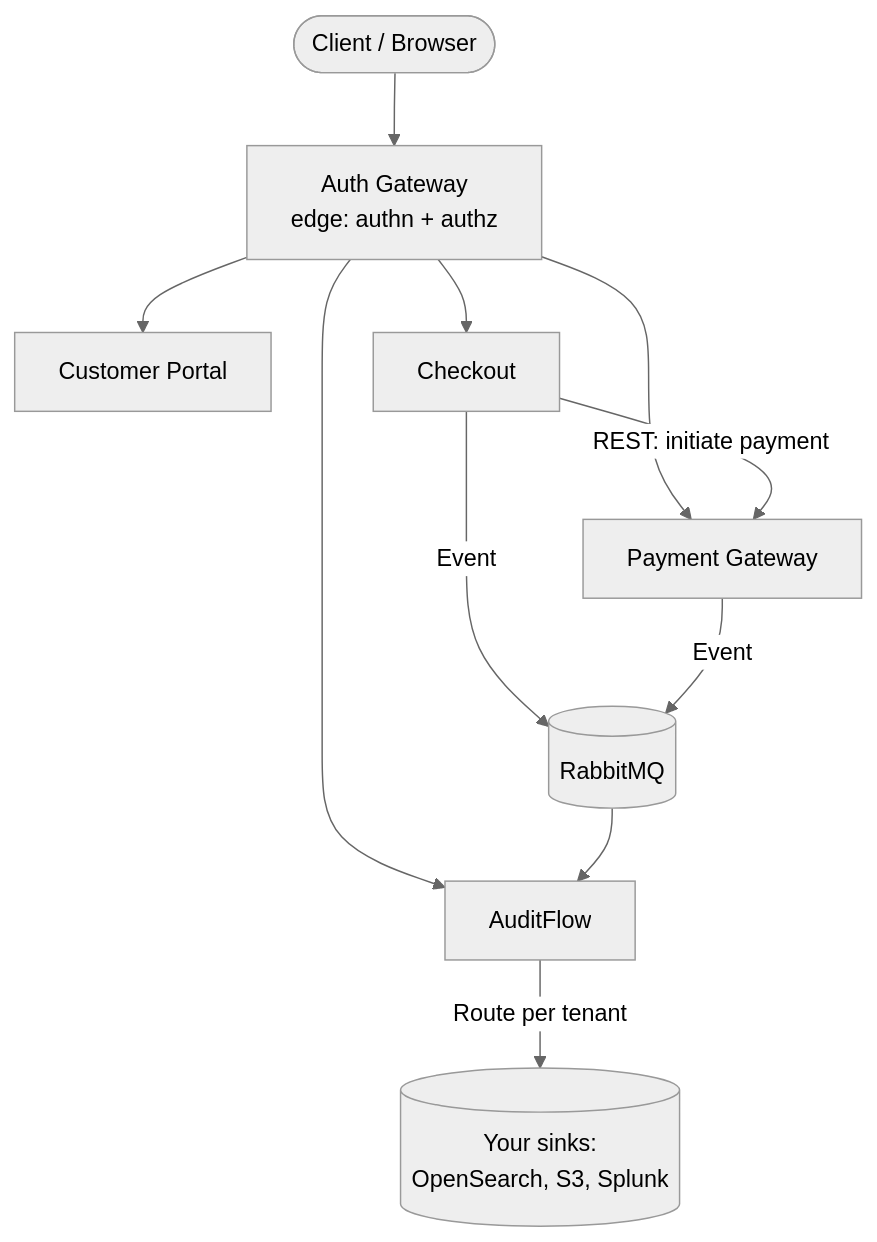
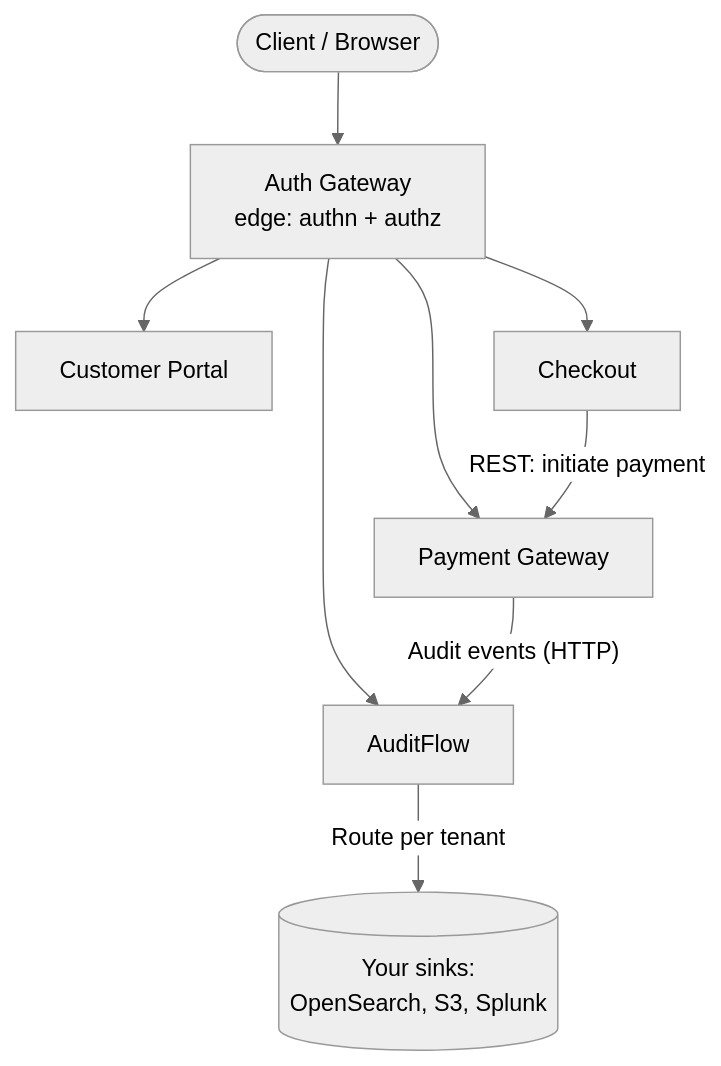
One commit to Labs64/labs64.io-docs changed the diagram in introduction/index.md. Above: the diagram before and after it, drawn with Mermaid (neutral theme). The commit also changed other lines of this file and 6 other files, not shown here.

````diff
--- a/introduction/index.md
+++ b/introduction/index.md
@@ -27,14 +27,12 @@
 ```mermaid
 flowchart TB
   Client(["Client / Browser"]) --> AG["Auth Gateway<br/>edge: authn + authz"]
   AG --> CP[Customer Portal]
   AG --> CO[Checkout]
   AG --> PG[Payment Gateway]
   AG --> AF[AuditFlow]
 
   CO -->|"REST: initiate payment"| PG
-  CO -->|"Event"| MQ[(RabbitMQ)]
-  PG -->|"Event"| MQ
-  MQ --> AF
+  PG -->|"Audit events (HTTP)"| AF
   AF -->|"Route per tenant"| SINKS[("Your sinks:<br/>OpenSearch, S3, Splunk")]
 ```
````
